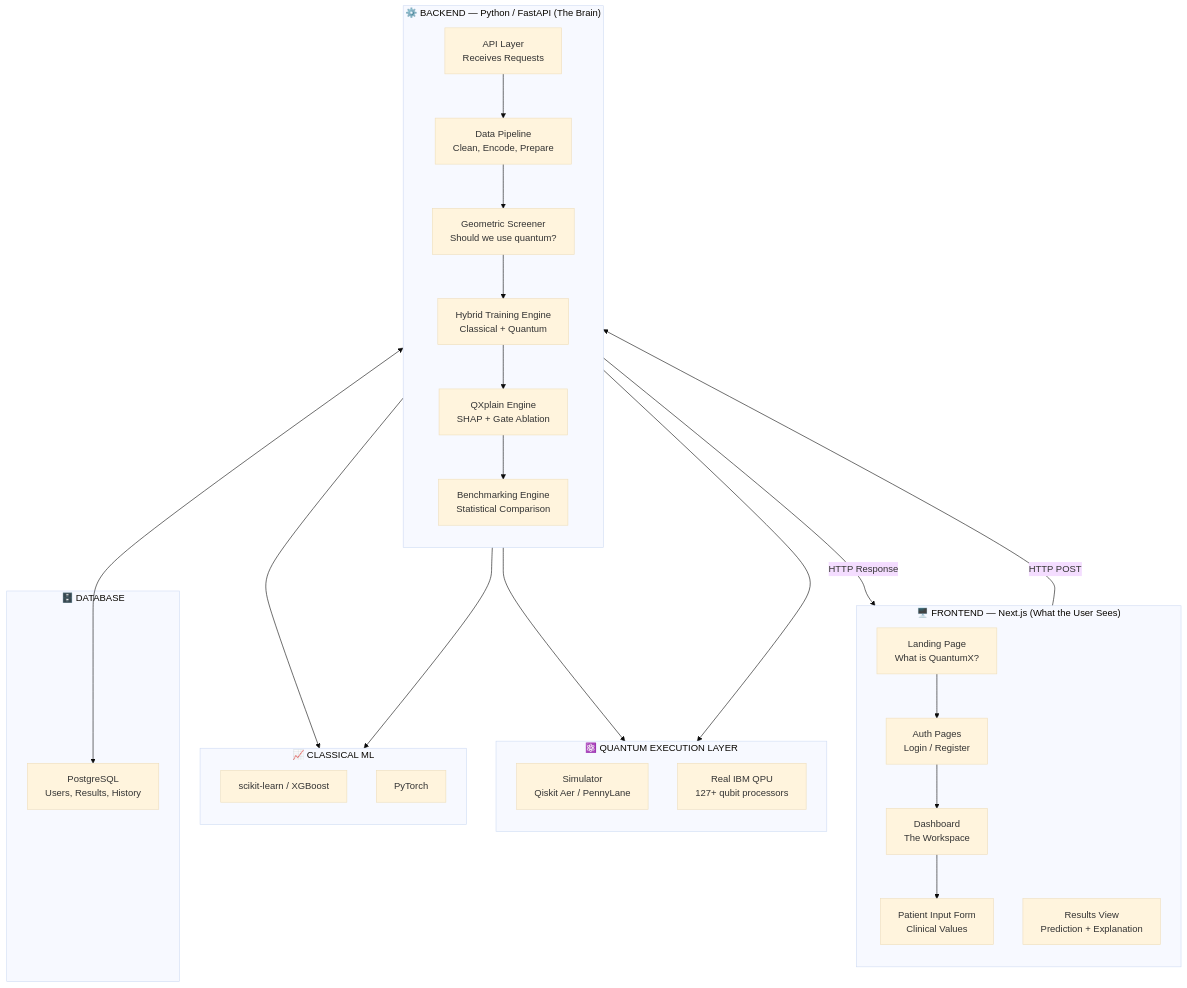
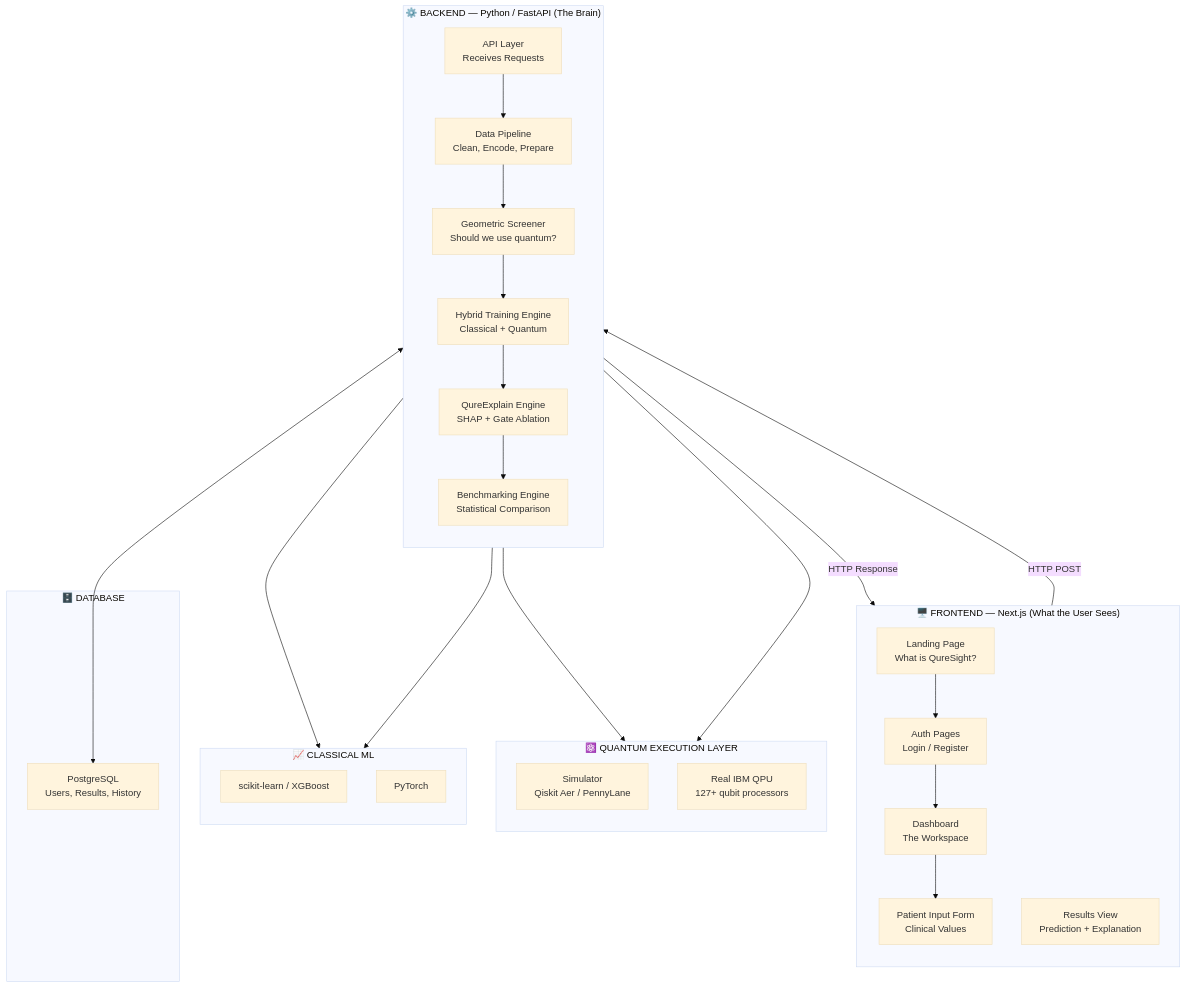
The second of 7 diagrams in Team Data/Explain.md (prushidhar/SIH26139), drawn with Mermaid (base theme) before and after one commit. The commit also changed other lines of this file and 257 other files, not shown here.

Commit message:
feat: complete QureSight platform with unlocked Aleph-1 QPU and Google auth

````diff
--- a/Team Data/Explain.md
+++ b/Team Data/Explain.md
@@ -236,48 +236,48 @@
 ```mermaid
 flowchart TB
     subgraph FRONTEND["🖥️ FRONTEND — Next.js (What the User Sees)"]
         direction TB
-        LP["Landing Page<br/>What is QuantumX?"]
+        LP["Landing Page<br/>What is QureSight?"]
         AUTH["Auth Pages<br/>Login / Register"]
         DASH["Dashboard<br/>The Workspace"]
         INPUT["Patient Input Form<br/>Clinical Values"]
         RESULTS["Results View<br/>Prediction + Explanation"]
     end
 
     subgraph BACKEND["⚙️ BACKEND — Python / FastAPI (The Brain)"]
         direction TB
         API["API Layer<br/>Receives Requests"]
         PIPE["Data Pipeline<br/>Clean, Encode, Prepare"]
         SCREEN["Geometric Screener<br/>Should we use quantum?"]
         TRAIN["Hybrid Training Engine<br/>Classical + Quantum"]
-        EXPLAIN["QXplain Engine<br/>SHAP + Gate Ablation"]
+        EXPLAIN["QureExplain Engine<br/>SHAP + Gate Ablation"]
         BENCH["Benchmarking Engine<br/>Statistical Comparison"]
     end
 
     subgraph QUANTUM["⚛️ QUANTUM EXECUTION LAYER"]
         direction TB
         SIM["Simulator<br/>Qiskit Aer / PennyLane"]
         QPU["Real IBM QPU<br/>127+ qubit processors"]
     end
 
     subgraph CLASSICAL["📈 CLASSICAL ML"]
         direction TB
         SK["scikit-learn / XGBoost"]
         TORCH["PyTorch"]
     end
 
     subgraph DB["🗄️ DATABASE"]
         PG["PostgreSQL<br/>Users, Results, History"]
     end
 
     LP --> AUTH --> DASH --> INPUT
     INPUT -->|"HTTP POST"| API
     API --> PIPE --> SCREEN --> TRAIN
     TRAIN --> SIM
     TRAIN --> QPU
     TRAIN --> SK
     TRAIN --> TORCH
     TRAIN --> EXPLAIN --> BENCH
     BENCH -->|"HTTP Response"| RESULTS
     API <--> PG
 ```
````
